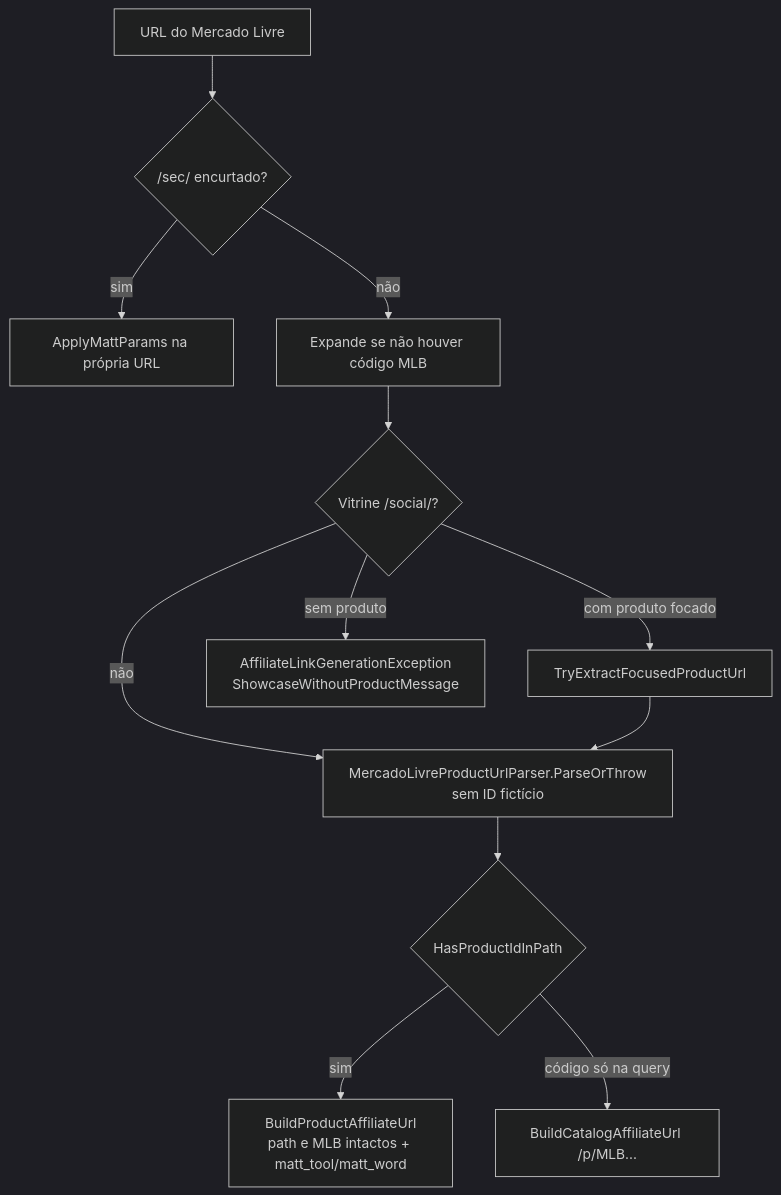
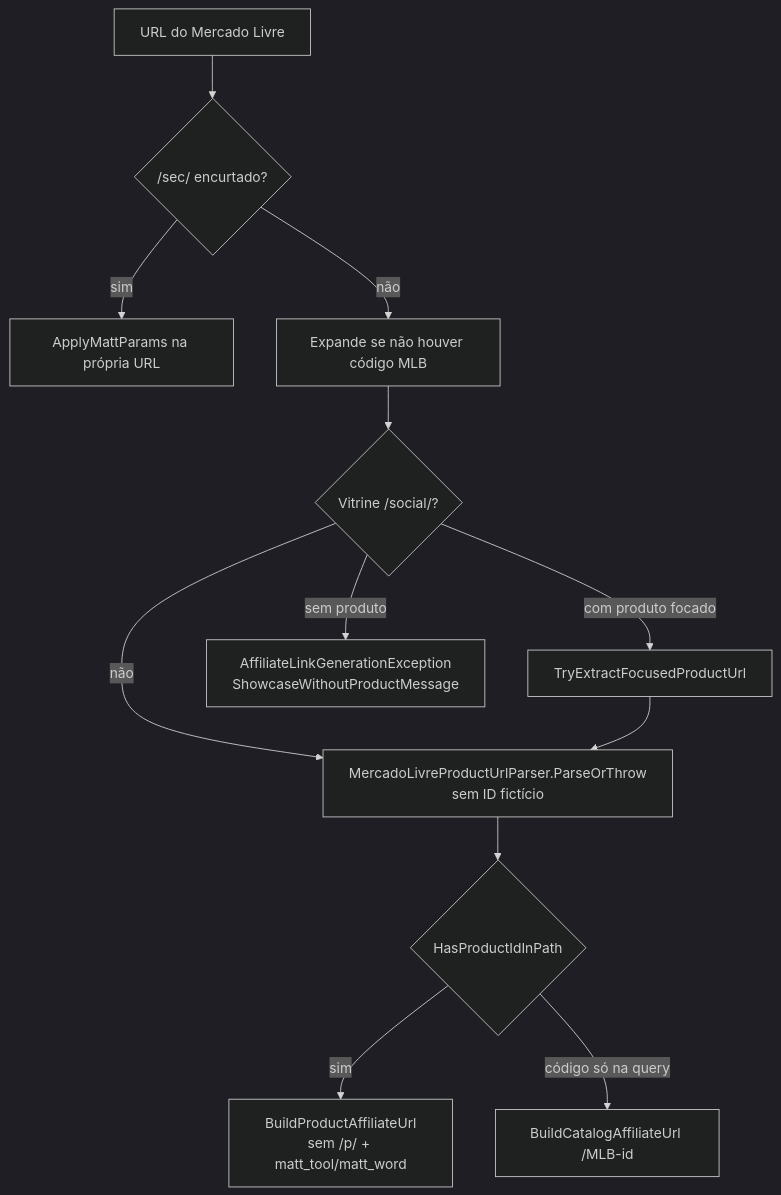
Before and after one commit to ronyaraujodeveloper/TecFlow: diagram 32 of 48 in docs/DIAGRAMAS_ARQUITETURA.md, drawn with Mermaid (dark theme). The commit also changed other lines of this file and 16 other files, not shown here.

````diff
--- a/docs/DIAGRAMAS_ARQUITETURA.md
+++ b/docs/DIAGRAMAS_ARQUITETURA.md
@@ -1810,14 +1813,14 @@
 ```mermaid
 flowchart TB
   IN[URL do Mercado Livre] --> SEC{"/sec/ encurtado?"}
   SEC -->|sim| KEEP_SEC[ApplyMattParams na própria URL]
   SEC -->|não| EXP[Expande se não houver código MLB]
   EXP --> SHOW{"Vitrine /social/?"}
   SHOW -->|com produto focado| FOCUS[TryExtractFocusedProductUrl]
   SHOW -->|sem produto| ERR[AffiliateLinkGenerationException<br/>ShowcaseWithoutProductMessage]
   SHOW -->|não| PARSE[MercadoLivreProductUrlParser.ParseOrThrow<br/>sem ID fictício]
   FOCUS --> PARSE
   PARSE --> PATH{HasProductIdInPath}
-  PATH -->|sim| PROD["BuildProductAffiliateUrl<br/>path e MLB intactos + matt_tool/matt_word"]
-  PATH -->|código só na query| CAT["BuildCatalogAffiliateUrl /p/MLB..."]
+  PATH -->|sim| PROD["BuildProductAffiliateUrl<br/>sem /p/ + matt_tool/matt_word"]
+  PATH -->|código só na query| CAT["BuildCatalogAffiliateUrl /MLB-id"]
 ```
````
